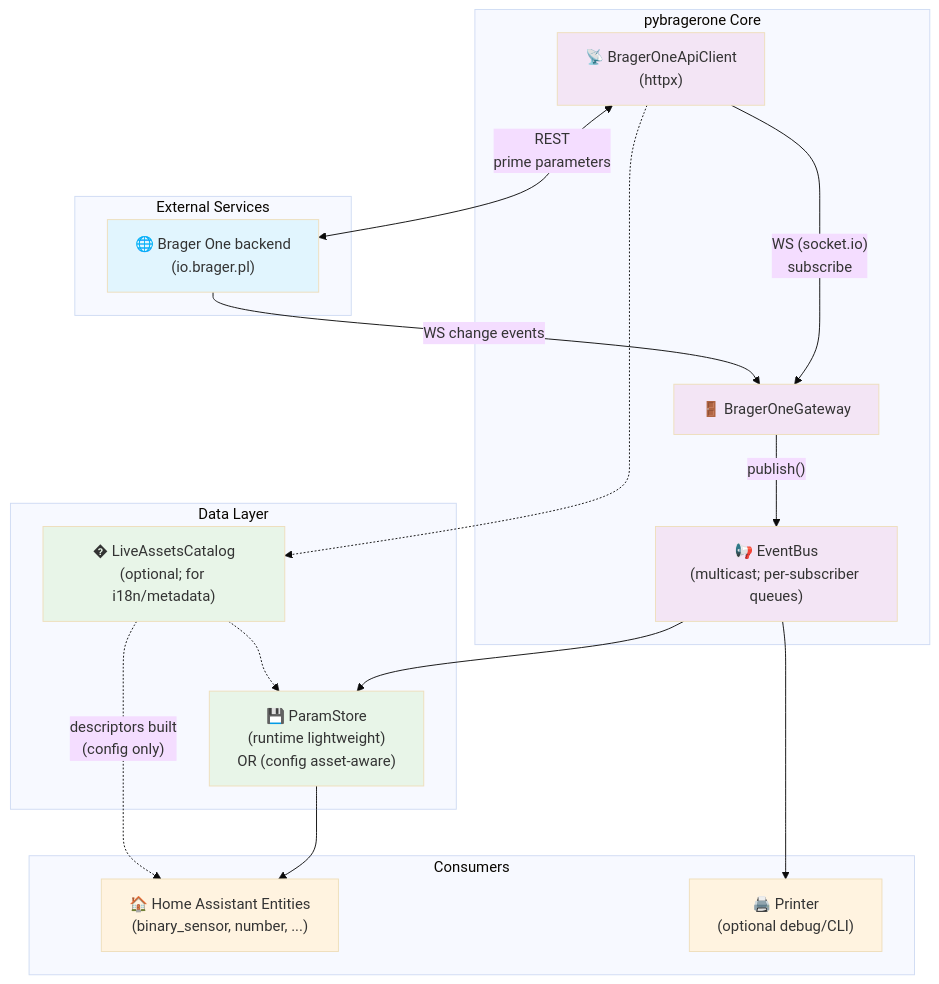
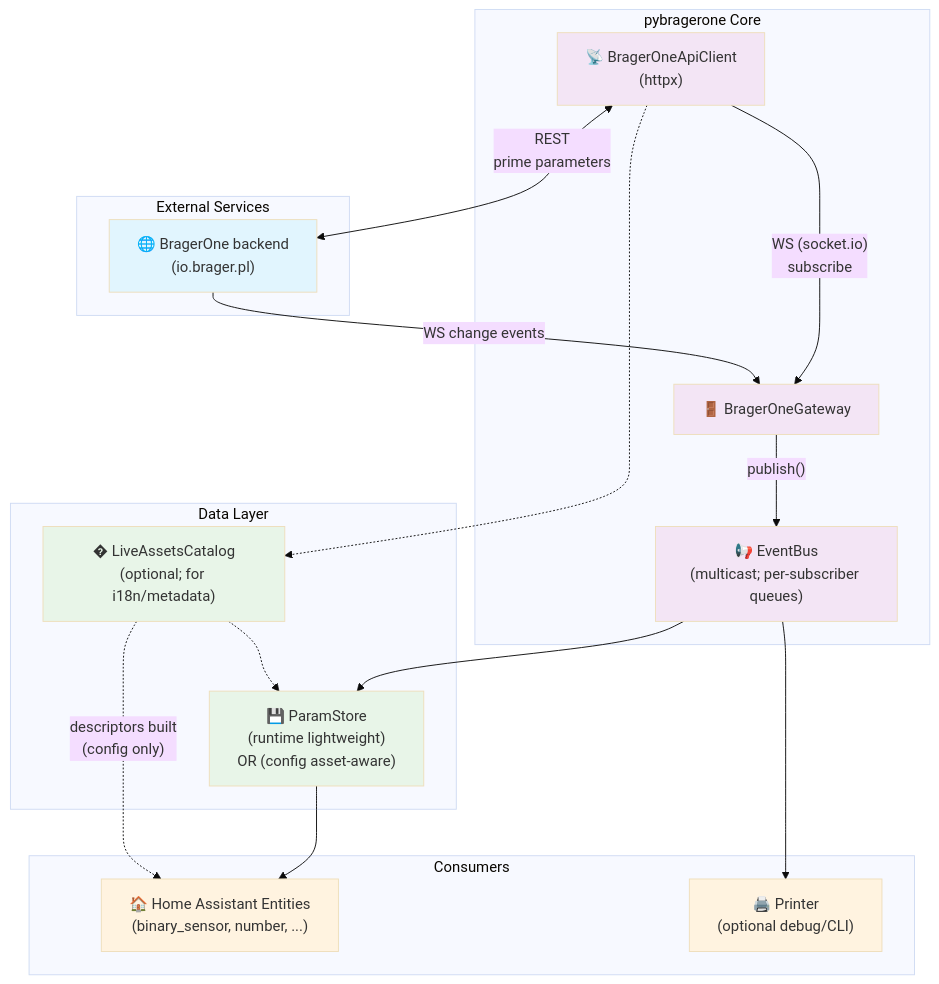
Before and after one commit to marpi82/py-bragerone: the diagram in docs/pybragerone_integration_notes.rst, drawn with Mermaid (base theme). The commit also changed other lines of this file and 11 other files, not shown here.

First line of the commit message:
docs: Fix duplicates and standardize 'BragerOne' branding

```diff
--- a/docs/pybragerone_integration_notes.rst
+++ b/docs/pybragerone_integration_notes.rst
@@ -35,51 +35,51 @@
 .. mermaid::
 
    graph TB
        subgraph "External Services"
-           Backend["🌐 Brager One backend<br/>(io.brager.pl)"]
+           Backend["🌐 BragerOne backend<br/>(io.brager.pl)"]
        end
 
        subgraph "pybragerone Core"
            API["📡 BragerOneApiClient<br/>(httpx)"]
            Gateway["🚪 BragerOneGateway"]
            Bus["📢 EventBus<br/>(multicast; per-subscriber queues)"]
        end
 
        subgraph "Data Layer"
            ParamStore["💾 ParamStore<br/>(runtime lightweight)<br/>OR (config asset-aware)"]
            Catalog["�️ LiveAssetsCatalog<br/>(optional; for i18n/metadata)"]
        end
 
        subgraph "Consumers"
            HA["🏠 Home Assistant Entities<br/>(binary_sensor, number, ...)"]
            Printer["🖨️ Printer<br/>(optional debug/CLI)"]
        end
 
        %% Main data flow
        API <-->|"REST<br/>prime parameters"| Backend
        API -->|"WS (socket.io)<br/>subscribe"| Gateway
        Backend -->|"WS change events"| Gateway
        Gateway -->|"publish()"| Bus
 
        %% Store connections
        Bus --> ParamStore
        Bus --> Printer
 
        %% Asset catalog (optional)
        API -.-> Catalog
        Catalog -.-> ParamStore
 
        %% HA integration
        ParamStore --> HA
        Catalog -.->|"descriptors built<br/>(config only)"| HA
 
        %% Styling
        classDef external fill:#e1f5fe
        classDef core fill:#f3e5f5
        classDef store fill:#e8f5e8
        classDef consumer fill:#fff3e0
 
        class Backend external
        class API,Gateway,Bus core
        class ParamStore,Catalog store
        class HA,Printer consumer
```
